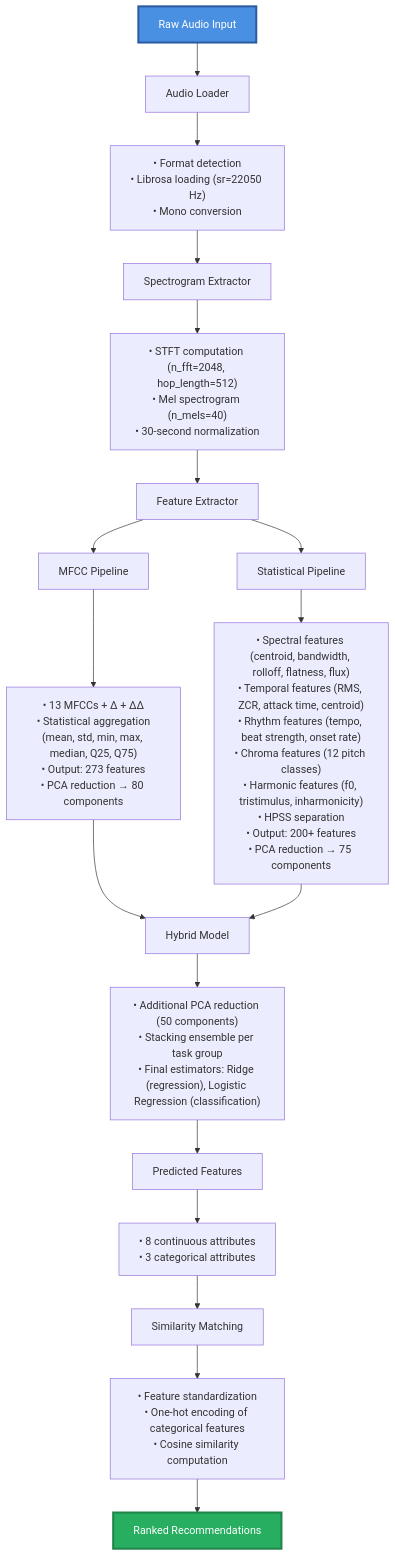
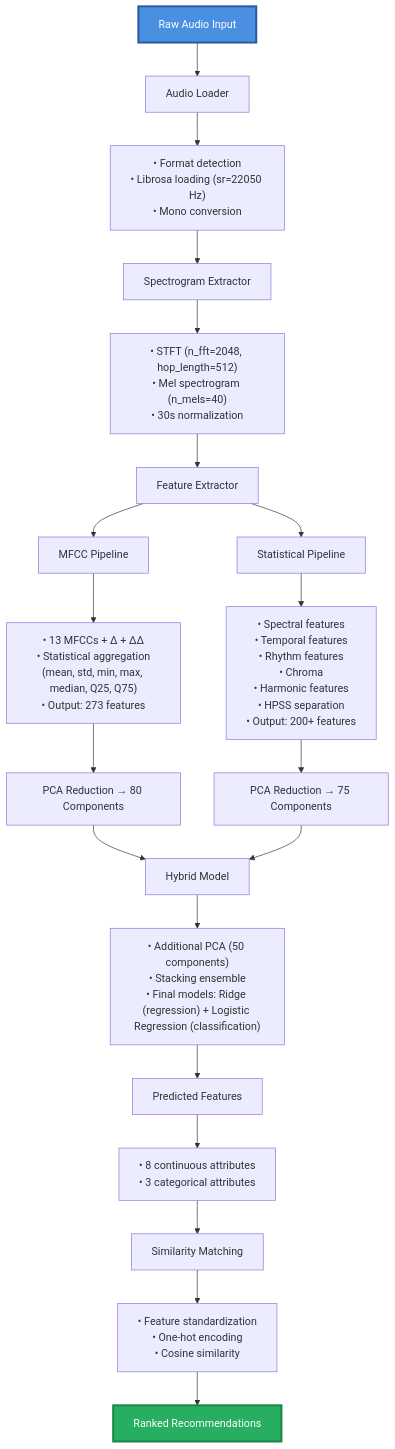
The diagram in README.md (Academic-Projects-2025/Music-recommendation-system), drawn with Mermaid before and after one commit.

Commit message:
Refactor README for clarity and conciseness

````diff
--- a/README.md
+++ b/README.md
@@ -56,29 +56,37 @@
 ```mermaid
 graph TD
     A[Raw Audio Input] --> B[Audio Loader]
     B --> B1["• Format detection<br/>• Librosa loading (sr=22050 Hz)<br/>• Mono conversion"]
     B1 --> C[Spectrogram Extractor]
-    C --> C1["• STFT computation (n_fft=2048, hop_length=512)<br/>• Mel spectrogram (n_mels=40)<br/>• 30-second normalization"]
+    C --> C1["• STFT (n_fft=2048, hop_length=512)<br/>• Mel spectrogram (n_mels=40)<br/>• 30s normalization"]
     C1 --> D[Feature Extractor]
 
+    %% MFCC Pipeline
     D --> E[MFCC Pipeline]
-    E --> E1["• 13 MFCCs + Δ + ΔΔ<br/>• Statistical aggregation<br/>(mean, std, min, max, median, Q25, Q75)<br/>• Output: 273 features<br/>• PCA reduction → 80 components"]
+    E --> E1["• 13 MFCCs + Δ + ΔΔ<br/>• Statistical aggregation<br/>(mean, std, min, max, median, Q25, Q75)<br/>• Output: 273 features"]
+    E1 --> EPCA[PCA Reduction → 80 Components]
 
+    %% Statistical Feature Pipeline
     D --> F[Statistical Pipeline]
-    F --> F1["• Spectral features (centroid, bandwidth, rolloff, flatness, flux)<br/>• Temporal features (RMS, ZCR, attack time, centroid)<br/>• Rhythm features (tempo, beat strength, onset rate)<br/>• Chroma features (12 pitch classes)<br/>• Harmonic features (f0, tristimulus, inharmonicity)<br/>• HPSS separation<br/>• Output: 200+ features<br/>• PCA reduction → 75 components"]
+    F --> F1["• Spectral features<br/>• Temporal features<br/>• Rhythm features<br/>• Chroma<br/>• Harmonic features<br/>• HPSS separation<br/>• Output: 200+ features"]
+    F1 --> FPCA[PCA Reduction → 75 Components]
 
-    E1 --> G[Hybrid Model]
-    F1 --> G
-    G --> G1["• Additional PCA reduction (50 components)<br/>• Stacking ensemble per task group<br/>• Final estimators: Ridge (regression), Logistic Regression (classification)"]
+    %% Hybrid Model (takes PCA outputs)
+    EPCA --> G[Hybrid Model]
+    FPCA --> G
+    G --> G1["• Additional PCA (50 components)<br/>• Stacking ensemble<br/>• Final models: Ridge (regression) + Logistic Regression (classification)"]
 
+    %% Predictions
     G1 --> H[Predicted Features]
     H --> H1["• 8 continuous attributes<br/>• 3 categorical attributes"]
 
+    %% Similarity
     H1 --> I[Similarity Matching]
-    I --> I1["• Feature standardization<br/>• One-hot encoding of categorical features<br/>• Cosine similarity computation"]
+    I --> I1["• Feature standardization<br/>• One-hot encoding<br/>• Cosine similarity"]
 
     I1 --> J[Ranked Recommendations]
 
     style A fill:#4a90e2,stroke:#2c5aa0,stroke-width:3px,color:#fff
     style J fill:#27ae60,stroke:#1e8449,stroke-width:3px,color:#fff
+
 ```
````
